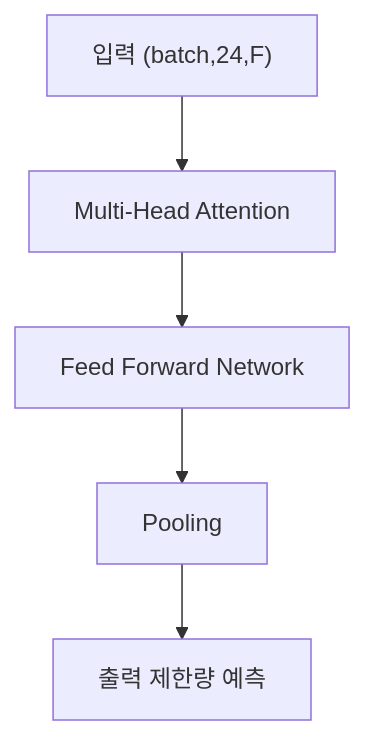
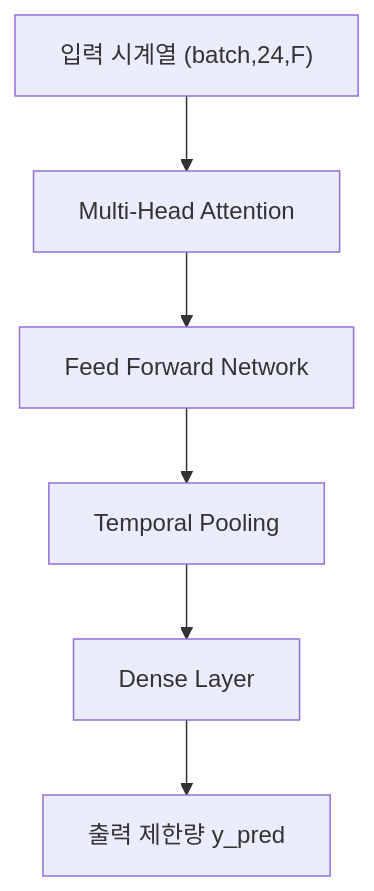
Before and after one commit to yousoo0920/ess-vpp-project: the sixth of 6 diagrams in README.md, drawn with Mermaid. The commit also changed other lines of this file, not shown here.

````diff
--- a/README.md
+++ b/README.md
@@ -214,7 +172,8 @@
 ```mermaid
 flowchart TD
-    X["입력 (batch,24,F)"] --> T1["Multi-Head Attention"]
-    T1 --> T2["Feed Forward Network"]
-    T2 --> T3["Pooling"]
-    T3 --> Y["출력 제한량 예측"]
+    X["입력 시계열 (batch,24,F)"] --> MH["Multi-Head Attention"]
+    MH --> FFN["Feed Forward Network"]
+    FFN --> POOL["Temporal Pooling"]
+    POOL --> DENSE["Dense Layer"]
+    DENSE --> OUT["출력 제한량 y_pred"]
 ```
````
